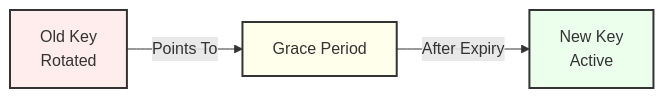
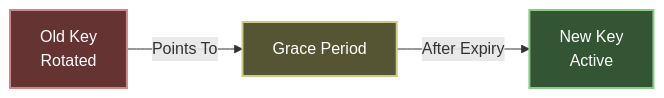
Before and after one commit to erfianugrah/api-gateway-workers: the fourth of 7 diagrams in docs/ARCHITECTURE.md, drawn with Mermaid. The commit also changed other lines of this file and 1 other file, not shown here.

````diff
--- a/docs/ARCHITECTURE.md
+++ b/docs/ARCHITECTURE.md
@@ -246,9 +246,9 @@
 ```mermaid
 flowchart LR
     A[Old Key\nRotated] -->|Points To| C[Grace Period]
     C -->|After Expiry| B[New Key\nActive]
     
-    style A fill:#ffecec,stroke:#333,stroke-width:2px
-    style B fill:#ecffec,stroke:#333,stroke-width:2px
-    style C fill:#ffffec,stroke:#333,stroke-width:2px
+    style A fill:#663333,stroke:#cc8888,stroke-width:2px,color:#ffffff
+    style B fill:#335533,stroke:#88cc88,stroke-width:2px,color:#ffffff
+    style C fill:#555533,stroke:#cccc88,stroke-width:2px,color:#ffffff
 ```
````
